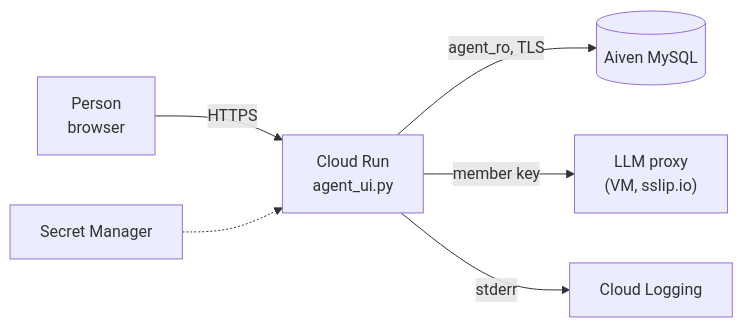
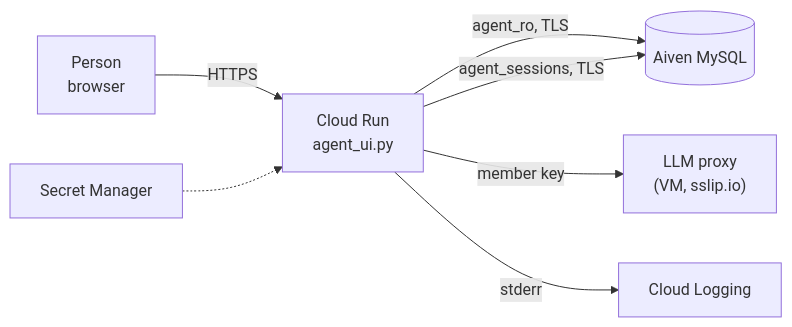
The second of 2 diagrams in docs/agent_ui.md (ensanguine2279/sctp-aie-m5-jurong-marine), drawn with Mermaid before and after one commit. The commit also changed other lines of this file and 10 other files, not shown here.

````diff
--- a/docs/agent_ui.md
+++ b/docs/agent_ui.md
@@ -152,8 +177,9 @@
 ```mermaid
 flowchart LR
     P["Person<br/>browser"] -->|HTTPS| R["Cloud Run<br/>agent_ui.py"]
     R -->|"agent_ro, TLS"| A[("Aiven MySQL")]
+    R -->|"agent_sessions, TLS"| A
     R -->|"member key"| L["LLM proxy<br/>(VM, sslip.io)"]
     S["Secret Manager"] -.-> R
     R -->|stderr| G["Cloud Logging"]
 ```
````
